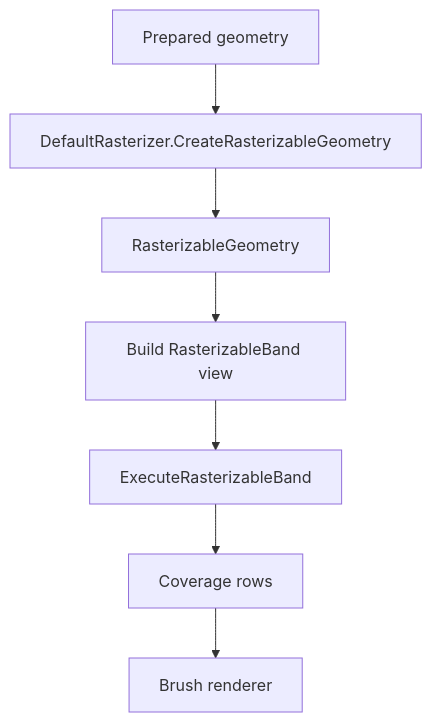
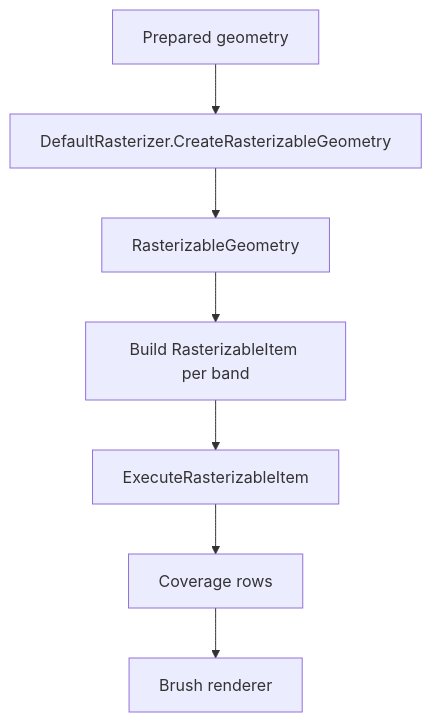
The first of 6 diagrams in src/ImageSharp.Drawing/Processing/Backends/DEFAULT_RASTERIZER.md (SixLabors/ImageSharp.Drawing), drawn with Mermaid before and after one commit. The commit also changed other lines of this file and 102 other files, not shown here.

````diff
--- a/src/ImageSharp.Drawing/Processing/Backends/DEFAULT_RASTERIZER.md
+++ b/src/ImageSharp.Drawing/Processing/Backends/DEFAULT_RASTERIZER.md
@@ -144,9 +144,9 @@
 ```mermaid
 flowchart TD
     A[Prepared geometry] --> B[DefaultRasterizer.CreateRasterizableGeometry]
     B --> C[RasterizableGeometry]
-    C --> D[Build RasterizableBand view]
-    D --> E[ExecuteRasterizableBand]
+    C --> D[Build RasterizableItem per band]
+    D --> E[ExecuteRasterizableItem]
     E --> F[Coverage rows]
     F --> G[Brush renderer]
 ```
````
